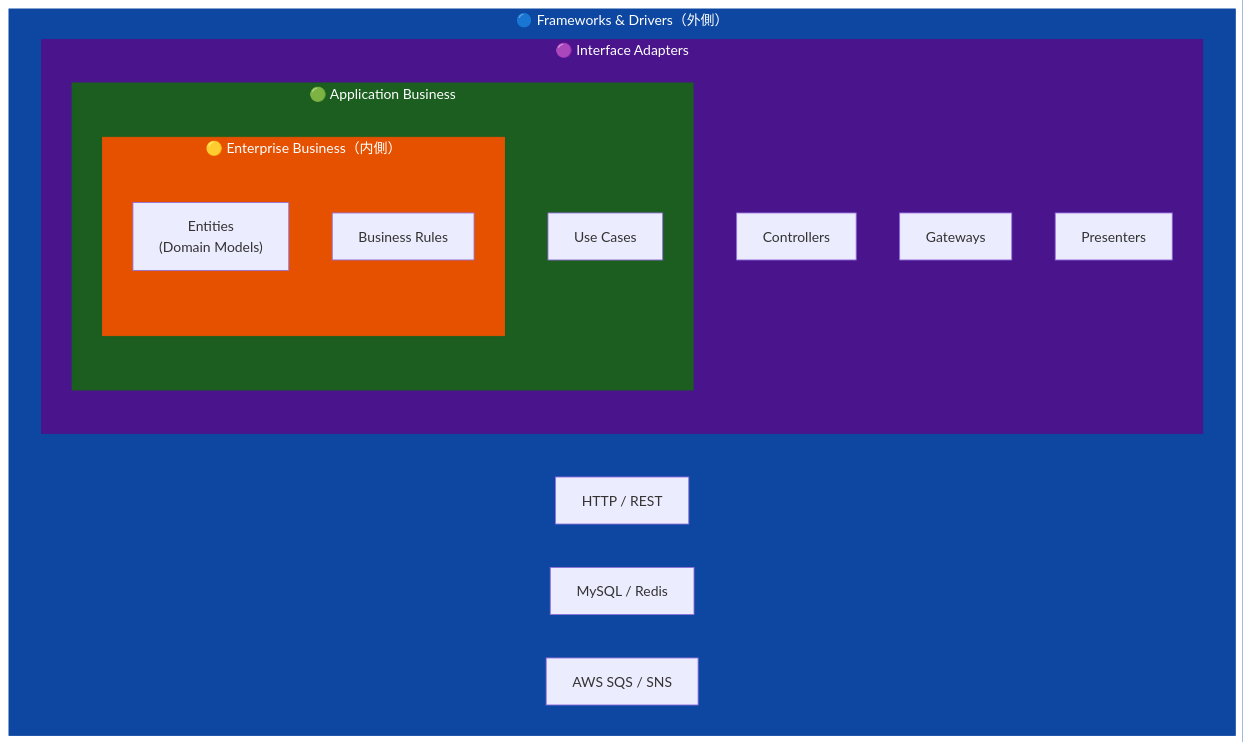
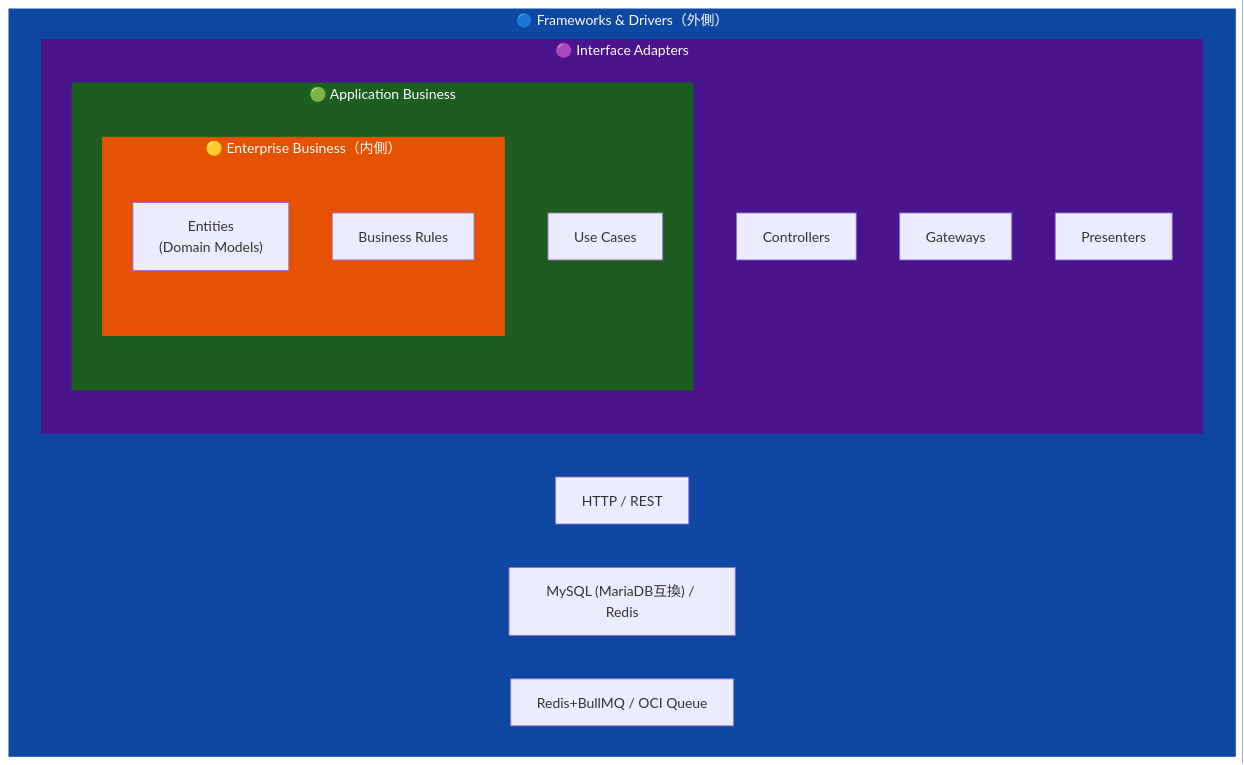
Before and after one commit to Willen-Federation/Recerdo-Developers-Docs: the first of 2 diagrams in docs/clean-architecture/index.md, drawn with Mermaid. The commit also changed other lines of this file and 44 other files, not shown here.

````diff
--- a/docs/clean-architecture/index.md
+++ b/docs/clean-architecture/index.md
@@ -8,25 +8,25 @@
 ```mermaid
 graph TB
     subgraph FD["🔵 Frameworks & Drivers（外側）"]
         HTTP["HTTP / REST"]
-        DB["MySQL / Redis"]
-        MQ["AWS SQS / SNS"]
+        DB["MySQL (MariaDB互換) / Redis"]
+        MQ["Redis+BullMQ / OCI Queue"]
         subgraph IA["🟣 Interface Adapters"]
             CTRL["Controllers"]
             GW["Gateways"]
             PRES["Presenters"]
             subgraph AB["🟢 Application Business"]
                 UC["Use Cases"]
                 subgraph EB["🟡 Enterprise Business（内側）"]
                     ENT["Entities<br/>(Domain Models)"]
                     RULE["Business Rules"]
                 end
             end
         end
     end
 
     style FD fill:#0d47a1,color:#fff,stroke:#0d47a1
     style IA fill:#4a148c,color:#fff,stroke:#4a148c
     style AB fill:#1b5e20,color:#fff,stroke:#1b5e20
     style EB fill:#e65100,color:#fff,stroke:#e65100
 ```
````
